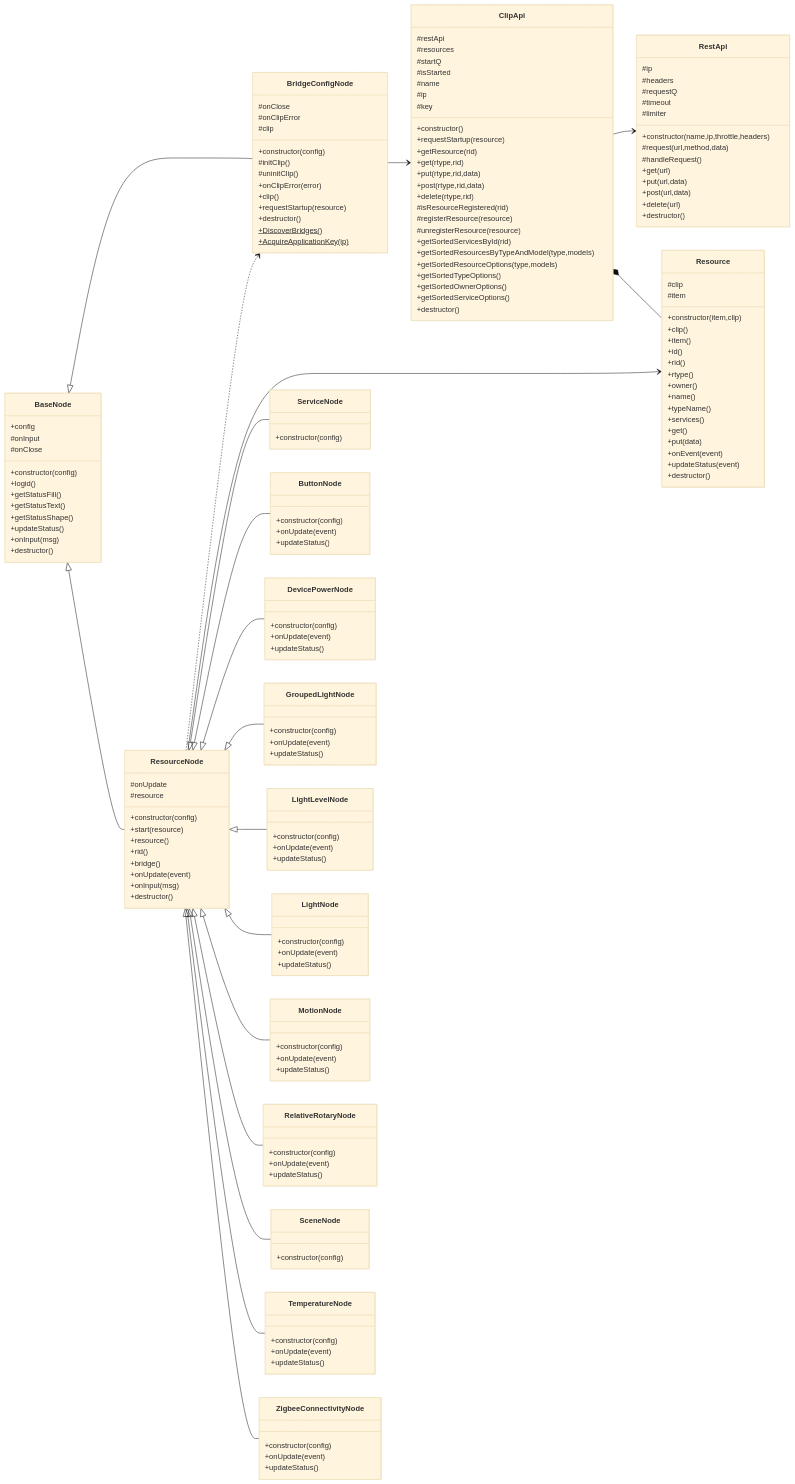
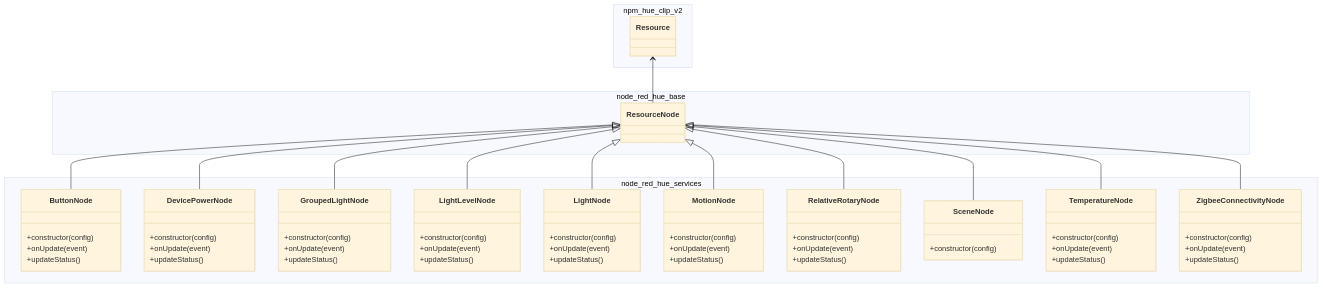
Before and after one commit to hurenkam/node-red-hue-services: the diagram in README.md, drawn with Mermaid (base theme). The commit also changed other lines of this file, not shown here.

````diff
--- a/README.md
+++ b/README.md
@@ -118,186 +73,73 @@
 ```mermaid
 classDiagram
+namespace npm_hue_clip_v2 {
+    class Resource {}
+}
+namespace node_red_hue_base {
+    class ResourceNode {}
+}
+namespace node_red_hue_services {
+    class ButtonNode {
+        +constructor(config)
+        +onUpdate(event)
+        +updateStatus()
+    }
 
-class BaseNode {
-    +config
-    #onInput
-    #onClose
+    class DevicePowerNode {
+        +constructor(config)
+        +onUpdate(event)
+        +updateStatus()
+    }
 
-    +constructor(config)
-    +logid()
-    +getStatusFill()
-    +getStatusText()
-    +getStatusShape()
-    +updateStatus()
-    +onInput(msg)
-    +destructor()
+    class GroupedLightNode {
+        +constructor(config)
+        +onUpdate(event)
+        +updateStatus()
+    }
+
+    class LightLevelNode {
+        +constructor(config)
+        +onUpdate(event)
+        +updateStatus()
+    }
+
+    class LightNode {
+        +constructor(config)
+        +onUpdate(event)
+        +updateStatus()
+    }
+
+    class MotionNode {
+        +constructor(config)
+        +onUpdate(event)
+        +updateStatus()
+    }
+
+    class RelativeRotaryNode {
+        +constructor(config)
+        +onUpdate(event)
+        +updateStatus()
+    }
+
+    class SceneNode {
+        +constructor(config)
+    }
+
+    class TemperatureNode {
+        +constructor(config)
+        +onUpdate(event)
+        +updateStatus()
+    }
+
+    class ZigbeeConnectivityNode {
+        +constructor(config)
+        +onUpdate(event)
+        +updateStatus()
+    }
 }
 
-class ResourceNode {
-    #onUpdate
-    #resource
-    
-    +constructor(config)
-    +start(resource)
-    +resource()
-    +rid()
-    +bridge()
-    +onUpdate(event)
-    +onInput(msg)
-    +destructor()
-}
+Resource <-- ResourceNode
 
-class ServiceNode {
-    +constructor(config)
-}
-
-class BridgeConfigNode {
-    #onClose
-    #onClipError
-    #clip
-    
-    +constructor(config)
-    #initClip()
-    #uninitClip()
-    +onClipError(error)
-    +clip()
-    +requestStartup(resource)
-    +destructor()
-    
-    +DiscoverBridges()$
-    +AcquireApplicationKey(ip)$
-}
-
-class ClipApi {
-    #restApi
-    #resources
-    #startQ
-    #isStarted
-    #name
-    #ip
-    #key
-    
-    +constructor()
-    +requestStartup(resource)
-    +getResource(rid)
-    +get(rtype,rid)
-    +put(rtype,rid,data)
-    +post(rtype,rid,data)
-    +delete(rtype,rid)
-    #isResourceRegistered(rid)
-    #registerResource(resource)
-    #unregisterResource(resource)
-    +getSortedServicesById(rid)
-    +getSortedResourcesByTypeAndModel(type,models)
-    +getSortedResourceOptions(type,models)
-    +getSortedTypeOptions()
-    +getSortedOwnerOptions()
-    +getSortedServiceOptions()
-    +destructor()
-}
-
-class RestApi {
-    #ip
-    #headers
-    #requestQ
-    #timeout
-    #limiter
-    
-    +constructor(name,ip,throttle,headers)
-    #request(url,method,data)
-    #handleRequest()
-    +get(url)
-    +put(url,data)
-    +post(url,data)
-    +delete(url)
-    +destructor()
-}
-
-class Resource {
-    #clip
-    #item
-    
-    +constructor(item,clip)
-    +clip()
-    +item()
-    +id()
-    +rid()
-    +rtype()
-    +owner()
-    +name()
-    +typeName()
-    +services()
-    +get()
-    +put(data)
-    +onEvent(event)
-    +updateStatus(event)
-    +destructor()
-}
-
-class ButtonNode {
-    +constructor(config)
-    +onUpdate(event)
-    +updateStatus()
-}
-
-class DevicePowerNode {
-    +constructor(config)
-    +onUpdate(event)
-    +updateStatus()
-}
-
-class GroupedLightNode {
-    +constructor(config)
-    +onUpdate(event)
-    +updateStatus()
-}
-
-class LightLevelNode {
-    +constructor(config)
-    +onUpdate(event)
-    +updateStatus()
-}
-
-class LightNode {
-    +constructor(config)
-    +onUpdate(event)
-    +updateStatus()
-}
-
-class MotionNode {
-    +constructor(config)
-    +onUpdate(event)
-    +updateStatus()
-}
-
-class RelativeRotaryNode {
-    +constructor(config)
-    +onUpdate(event)
-    +updateStatus()
-}
-
-class SceneNode {
-    +constructor(config)
-}
-
-class TemperatureNode {
-    +constructor(config)
-    +onUpdate(event)
-    +updateStatus()
-}
-
-class ZigbeeConnectivityNode {
-    +constructor(config)
-    +onUpdate(event)
-    +updateStatus()
-}
-
-direction LR
-BaseNode <|-- BridgeConfigNode
-BaseNode <|-- ResourceNode
-ResourceNode ..> BridgeConfigNode
-ResourceNode --> Resource
-ResourceNode <|-- ServiceNode
 ResourceNode <|-- ButtonNode
 ResourceNode <|-- DevicePowerNode
 ResourceNode <|-- GroupedLightNode
@@ -309,8 +151,4 @@
 ResourceNode <|-- TemperatureNode
 ResourceNode <|-- ZigbeeConnectivityNode
 
-BridgeConfigNode --> ClipApi
-ClipApi --> RestApi
-ClipApi *-- Resource
-
 ```
````
